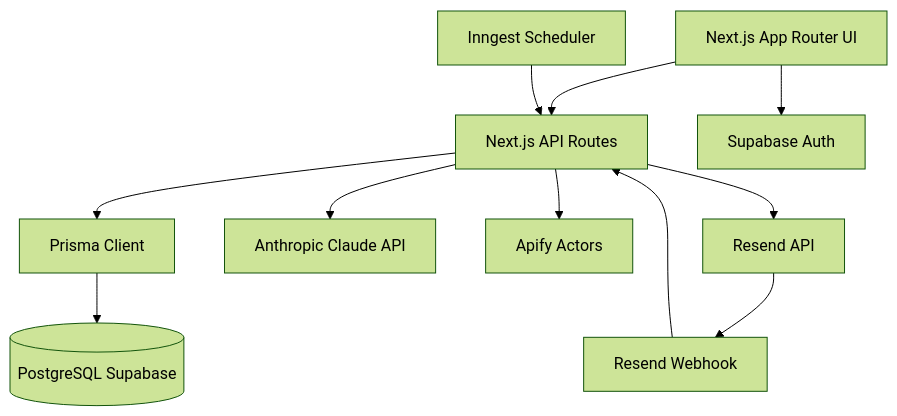
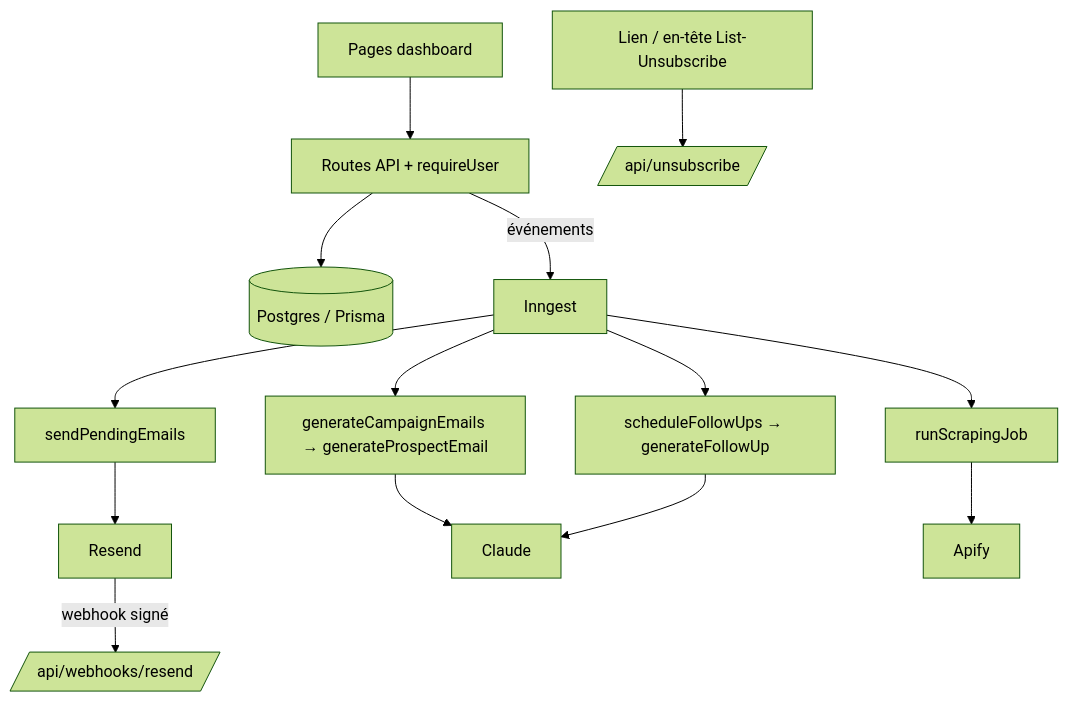
One commit to Junior620/commercial-ai changed the diagram in PROJECT_CONTEXT.md. Above: the diagram before and after it, drawn with Mermaid (forest theme). The commit also changed other lines of this file and 5 other files, not shown here.

````diff
--- a/PROJECT_CONTEXT.md
+++ b/PROJECT_CONTEXT.md
@@ -27,24 +18,12 @@
 ```mermaid
 flowchart TD
-    UI[Next.js App Router UI]
-    API[Next.js API Routes]
-    DB[(PostgreSQL Supabase)]
-    Auth[Supabase Auth]
-    Prisma[Prisma Client]
-    Claude[Anthropic Claude API]
-    Apify[Apify Actors]
-    Resend[Resend API]
-    Inngest[Inngest Scheduler]
-    Webhook[Resend Webhook]
-
-    UI --> API
-    UI --> Auth
-    API --> Prisma
-    Prisma --> DB
-    API --> Claude
-    API --> Apify
-    API --> Resend
-    Inngest --> API
-    Resend --> Webhook
-    Webhook --> API
+  UI[Pages dashboard] --> API[Routes API + requireUser]
+  API --> DB[(Postgres / Prisma)]
+  API -- événements --> ING[Inngest]
+  ING --> SEND[sendPendingEmails] --> RESEND[Resend]
+  ING --> GEN[generateCampaignEmails → generateProspectEmail] --> CLAUDE[Claude]
+  ING --> FU[scheduleFollowUps → generateFollowUp] --> CLAUDE
+  ING --> SCRAPE[runScrapingJob] --> APIFY[Apify]
+  RESEND -- webhook signé --> WH[/api/webhooks/resend/]
+  MAIL[Lien / en-tête List-Unsubscribe] --> UNSUB[/api/unsubscribe/]
 ```
````
